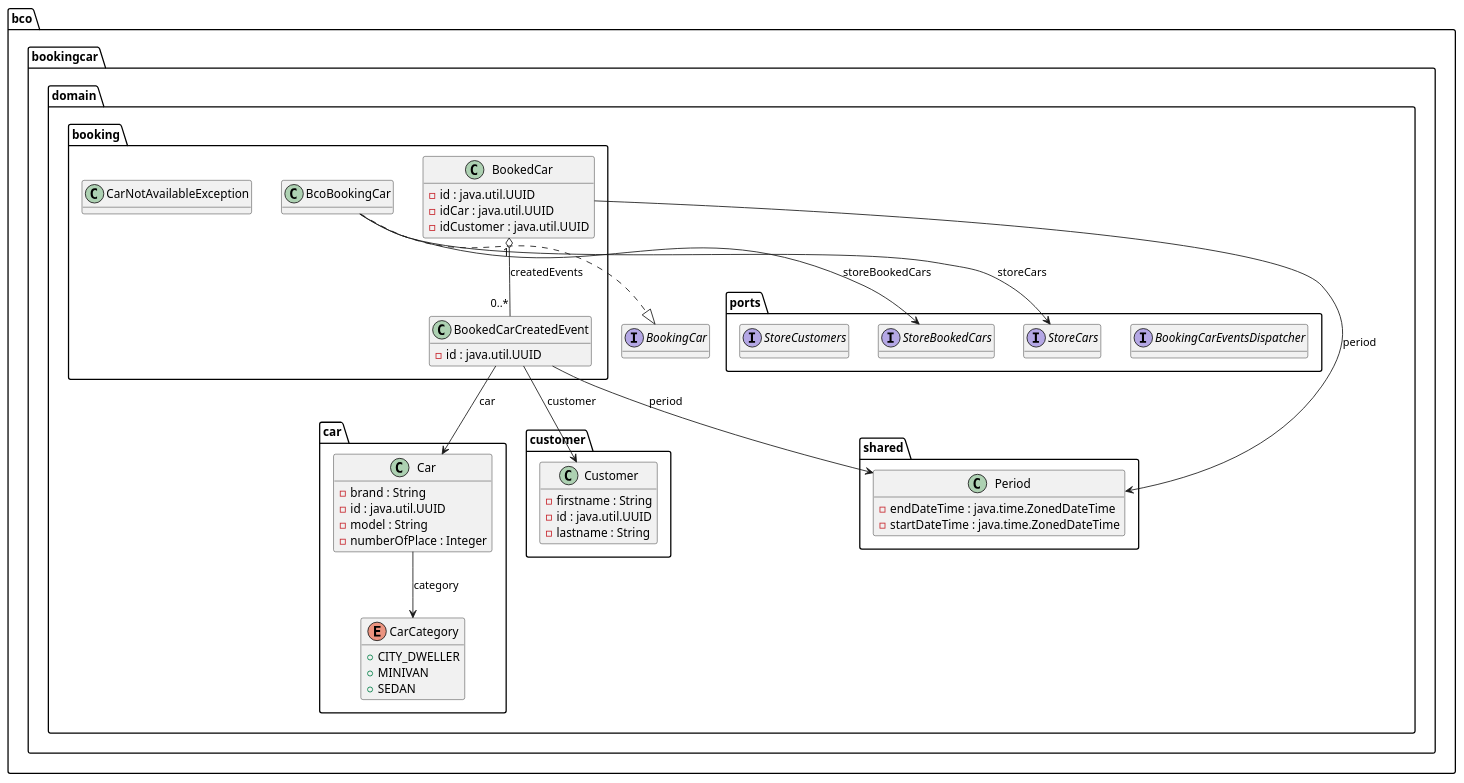
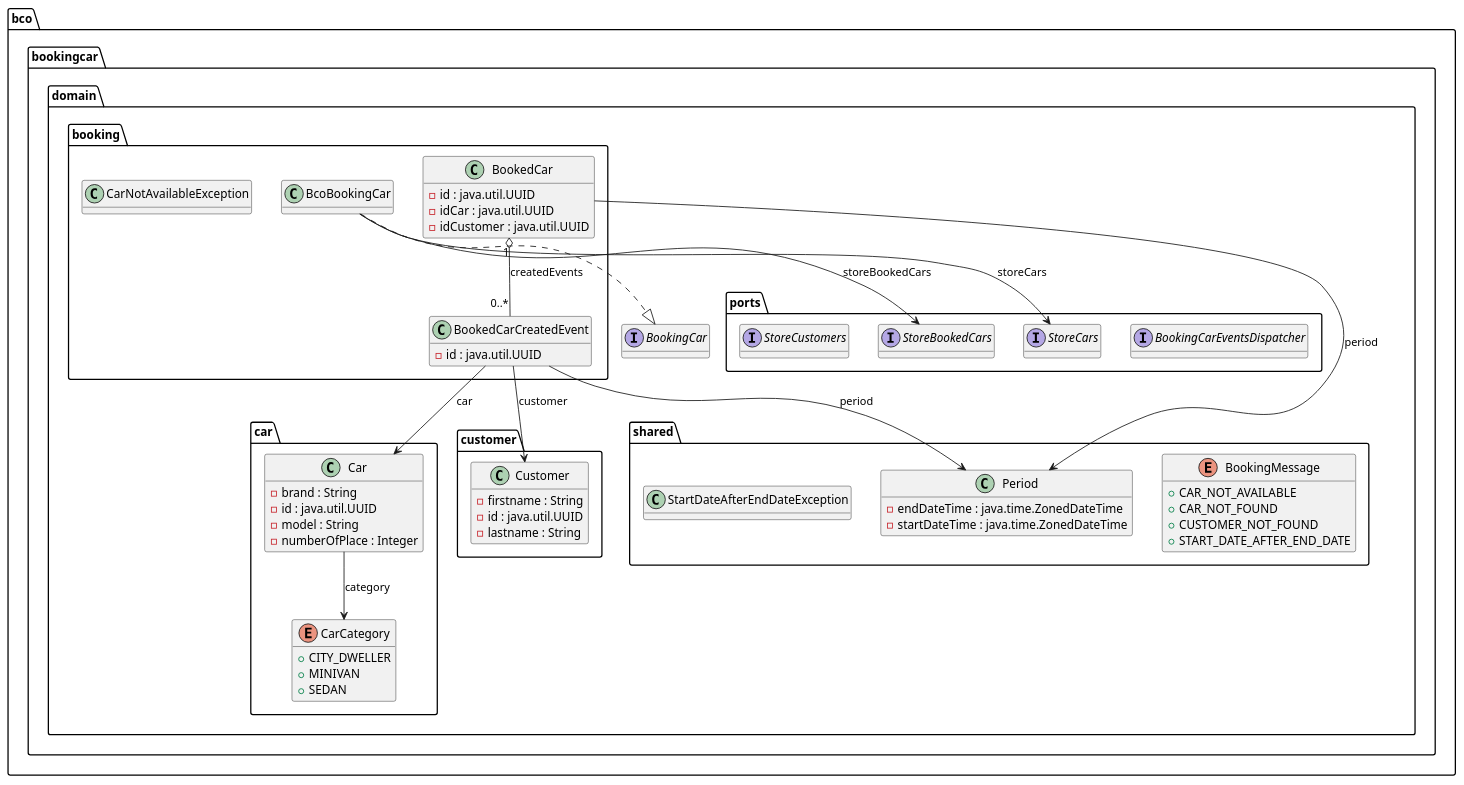
The diagram in bookingcar-domain/docs/domain.puml (benjamins44/bookingcar), drawn with PlantUML before and after one commit. The commit also changed 45 other files, not shown here.

```diff
--- a/bookingcar-domain/docs/domain.puml
+++ b/bookingcar-domain/docs/domain.puml
@@ -1,142 +1,154 @@
 @startuml
 
 interface bco.bookingcar.domain.BookingCar {
 	{method}  {abstract} +book ( paramCar1 : bco.bookingcar.domain.car.Car , paramPeriod2 : bco.bookingcar.domain.shared.Period , paramCustomer3 : bco.bookingcar.domain.customer.Customer ) : bco.bookingcar.domain.booking.BookedCar
 	{method}  {abstract} +carIsBookedOn ( paramCar1 : bco.bookingcar.domain.car.Car , paramPeriod2 : bco.bookingcar.domain.shared.Period ) : boolean
 }
 
 
 class bco.bookingcar.domain.booking.BcoBookingCar {
 	{method} +book ( paramCar1 : bco.bookingcar.domain.car.Car , paramPeriod2 : bco.bookingcar.domain.shared.Period , paramCustomer3 : bco.bookingcar.domain.customer.Customer ) : bco.bookingcar.domain.booking.BookedCar
 	{method} +carIsBookedOn ( paramCar1 : bco.bookingcar.domain.car.Car , paramPeriod2 : bco.bookingcar.domain.shared.Period ) : boolean
 }
 
 
 class bco.bookingcar.domain.booking.BookedCar {
 	{field} -id : java.util.UUID
 	{field} -idCar : java.util.UUID
 	{field} -idCustomer : java.util.UUID
 	{method} +addEvent ( paramBookedCarCreatedEvent1 : bco.bookingcar.domain.booking.BookedCarCreatedEvent ) : bco.bookingcar.domain.booking.BookedCar
 	{method}  {static} +builder () : bco.bookingcar.domain.booking.BookedCar$BookedCarBuilder
 	{method} #canEqual ( paramObject1 : Object ) : boolean
 	{method} +equals ( paramObject1 : Object ) : boolean
 	{method} +hashCode () : int
 	{method} +toString () : String
 	{method} +withCreatedEvents ( paramList1 : java.util.List ) : bco.bookingcar.domain.booking.BookedCar
 	{method} +withId ( paramUUID1 : java.util.UUID ) : bco.bookingcar.domain.booking.BookedCar
 	{method} +withIdCar ( paramUUID1 : java.util.UUID ) : bco.bookingcar.domain.booking.BookedCar
 	{method} +withIdCustomer ( paramUUID1 : java.util.UUID ) : bco.bookingcar.domain.booking.BookedCar
 	{method} +withPeriod ( paramPeriod1 : bco.bookingcar.domain.shared.Period ) : bco.bookingcar.domain.booking.BookedCar
 }
 
 
 class bco.bookingcar.domain.booking.BookedCarCreatedEvent {
 	{field} -id : java.util.UUID
 	{method}  {static} +builder () : bco.bookingcar.domain.booking.BookedCarCreatedEvent$BookedCarCreatedEventBuilder
 	{method} +withCar ( paramCar1 : bco.bookingcar.domain.car.Car ) : bco.bookingcar.domain.booking.BookedCarCreatedEvent
 	{method} +withCustomer ( paramCustomer1 : bco.bookingcar.domain.customer.Customer ) : bco.bookingcar.domain.booking.BookedCarCreatedEvent
 	{method} +withId ( paramUUID1 : java.util.UUID ) : bco.bookingcar.domain.booking.BookedCarCreatedEvent
 	{method} +withPeriod ( paramPeriod1 : bco.bookingcar.domain.shared.Period ) : bco.bookingcar.domain.booking.BookedCarCreatedEvent
 }
 
 
 class bco.bookingcar.domain.booking.CarNotAvailableException {
 }
 
 
 class bco.bookingcar.domain.car.Car {
 	{field} -brand : String
 	{field} -id : java.util.UUID
 	{field} -model : String
 	{field} -numberOfPlace : Integer
 	{method}  {static} +builder () : bco.bookingcar.domain.car.Car$CarBuilder
 	{method} #canEqual ( paramObject1 : Object ) : boolean
 	{method} +equals ( paramObject1 : Object ) : boolean
 	{method} +hashCode () : int
 	{method} +toString () : String
 	{method} +withBrand ( paramString1 : String ) : bco.bookingcar.domain.car.Car
 	{method} +withCategory ( paramCarCategory1 : bco.bookingcar.domain.car.CarCategory ) : bco.bookingcar.domain.car.Car
 	{method} +withId ( paramUUID1 : java.util.UUID ) : bco.bookingcar.domain.car.Car
 	{method} +withModel ( paramString1 : String ) : bco.bookingcar.domain.car.Car
 	{method} +withNumberOfPlace ( paramInteger1 : Integer ) : bco.bookingcar.domain.car.Car
 }
 
 
 enum bco.bookingcar.domain.car.CarCategory {
 	{field} +CITY_DWELLER
 	{field} +MINIVAN
 	{field} +SEDAN
 }
 
 
 class bco.bookingcar.domain.customer.Customer {
 	{field} -firstname : String
 	{field} -id : java.util.UUID
 	{field} -lastname : String
 	{method}  {static} +builder () : bco.bookingcar.domain.customer.Customer$CustomerBuilder
 	{method} #canEqual ( paramObject1 : Object ) : boolean
 	{method} +equals ( paramObject1 : Object ) : boolean
 	{method} +hashCode () : int
 	{method} +toString () : String
 	{method} +withFirstname ( paramString1 : String ) : bco.bookingcar.domain.customer.Customer
 	{method} +withId ( paramUUID1 : java.util.UUID ) : bco.bookingcar.domain.customer.Customer
 	{method} +withLastname ( paramString1 : String ) : bco.bookingcar.domain.customer.Customer
 }
 
 
 interface bco.bookingcar.domain.ports.BookingCarEventsDispatcher {
 	{method}  {abstract} +dispatch ( paramList1 : java.util.List ) : void
 }
 
 
 interface bco.bookingcar.domain.ports.StoreBookedCars {
 	{method}  {abstract} +add ( paramBookedCar1 : bco.bookingcar.domain.booking.BookedCar ) : bco.bookingcar.domain.booking.BookedCar
 	{method}  {abstract} +getAll ( paramPeriod1 : bco.bookingcar.domain.shared.Period ) : java.util.List
 	{method}  {abstract} +getBookedCarByCarAndPeriod ( paramCar1 : bco.bookingcar.domain.car.Car , paramPeriod2 : bco.bookingcar.domain.shared.Period ) : java.util.List
 }
 
 
 interface bco.bookingcar.domain.ports.StoreCars {
 	{method}  {abstract} +add ( paramCar1 : bco.bookingcar.domain.car.Car ) : bco.bookingcar.domain.car.Car
 	{method}  {abstract} +addAll ( paramList1 : java.util.List ) : java.util.List
 	{method}  {abstract} +getAll () : java.util.List
 	{method}  {abstract} +getById ( paramUUID1 : java.util.UUID ) : java.util.Optional
 	{method}  {abstract} +saveAll ( paramList1 : java.util.List ) : java.util.List
 }
 
 
 interface bco.bookingcar.domain.ports.StoreCustomers {
 	{method}  {abstract} +add ( paramCustomer1 : bco.bookingcar.domain.customer.Customer ) : bco.bookingcar.domain.customer.Customer
 	{method}  {abstract} +getById ( paramUUID1 : java.util.UUID ) : java.util.Optional
 }
 
 
+enum bco.bookingcar.domain.shared.BookingMessage {
+	{field} +CAR_NOT_AVAILABLE
+	{field} +CAR_NOT_FOUND
+	{field} +CUSTOMER_NOT_FOUND
+	{field} +START_DATE_AFTER_END_DATE
+}
+
+
 class bco.bookingcar.domain.shared.Period {
 	{field} -endDateTime : java.time.ZonedDateTime
 	{field} -startDateTime : java.time.ZonedDateTime
 	{method}  {static} +builder () : bco.bookingcar.domain.shared.Period$PeriodBuilder
 	{method} #canEqual ( paramObject1 : Object ) : boolean
 	{method} +equals ( paramObject1 : Object ) : boolean
 	{method} +hasIntersectionWith ( paramPeriod1 : bco.bookingcar.domain.shared.Period ) : boolean
 	{method} +hashCode () : int
 	{method} +toString () : String
 	{method} +withEndDateTime ( paramZonedDateTime1 : java.time.ZonedDateTime ) : bco.bookingcar.domain.shared.Period
 	{method} +withStartDateTime ( paramZonedDateTime1 : java.time.ZonedDateTime ) : bco.bookingcar.domain.shared.Period
+}
+
+
+class bco.bookingcar.domain.shared.StartDateAfterEndDateException {
 }
 
 
 
 
 bco.bookingcar.domain.booking.BcoBookingCar -->  bco.bookingcar.domain.ports.StoreBookedCars : storeBookedCars
 bco.bookingcar.domain.booking.BcoBookingCar -->  bco.bookingcar.domain.ports.StoreCars : storeCars
 bco.bookingcar.domain.booking.BcoBookingCar ..|>  bco.bookingcar.domain.BookingCar
 bco.bookingcar.domain.booking.BookedCar "1" o-- "0..*"  bco.bookingcar.domain.booking.BookedCarCreatedEvent : createdEvents
 bco.bookingcar.domain.booking.BookedCar -->  bco.bookingcar.domain.shared.Period : period
 bco.bookingcar.domain.booking.BookedCarCreatedEvent -->  bco.bookingcar.domain.car.Car : car
 bco.bookingcar.domain.booking.BookedCarCreatedEvent -->  bco.bookingcar.domain.customer.Customer : customer
 bco.bookingcar.domain.booking.BookedCarCreatedEvent -->  bco.bookingcar.domain.shared.Period : period
 bco.bookingcar.domain.car.Car -->  bco.bookingcar.domain.car.CarCategory : category
 
 hide methods
 
 @enduml
```
